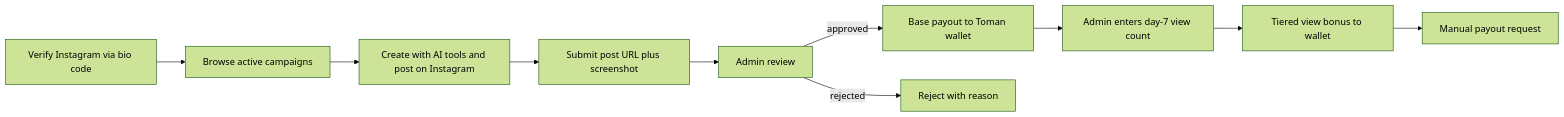
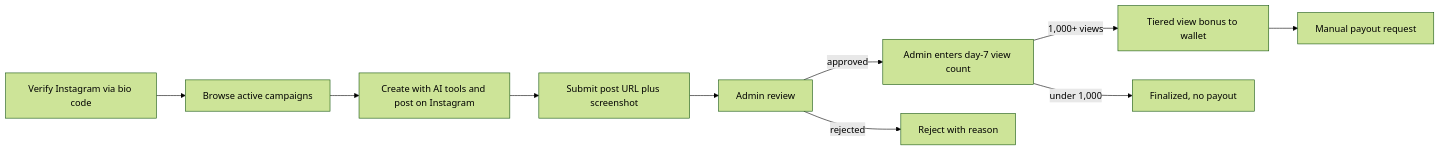
Before and after one commit to TronIsHere/earn-bananaai: the diagram in docs/EARN-FEATURE-GUIDE.md, drawn with Mermaid (forest theme). The commit also changed other lines of this file and 55 other files, not shown here.

````diff
--- a/docs/EARN-FEATURE-GUIDE.md
+++ b/docs/EARN-FEATURE-GUIDE.md
@@ -18,12 +18,12 @@
 ```mermaid
 flowchart LR
     verify[Verify Instagram via bio code] --> browse[Browse active campaigns]
     browse --> post[Create with AI tools and post on Instagram]
     post --> submit[Submit post URL plus screenshot]
     submit --> review[Admin review]
-    review -->|approved| base[Base payout to Toman wallet]
+    review -->|approved| day7[Admin enters day-7 view count]
     review -->|rejected| resubmit[Reject with reason]
-    base --> day7[Admin enters day-7 view count]
-    day7 --> bonus[Tiered view bonus to wallet]
+    day7 -->|1,000+ views| bonus[Tiered view bonus to wallet]
+    day7 -->|under 1,000| nothing[Finalized, no payout]
     bonus --> withdraw[Manual payout request]
 ```
````
